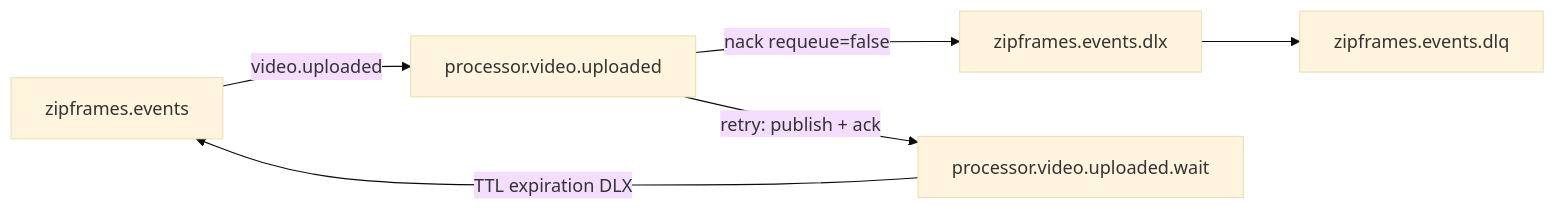
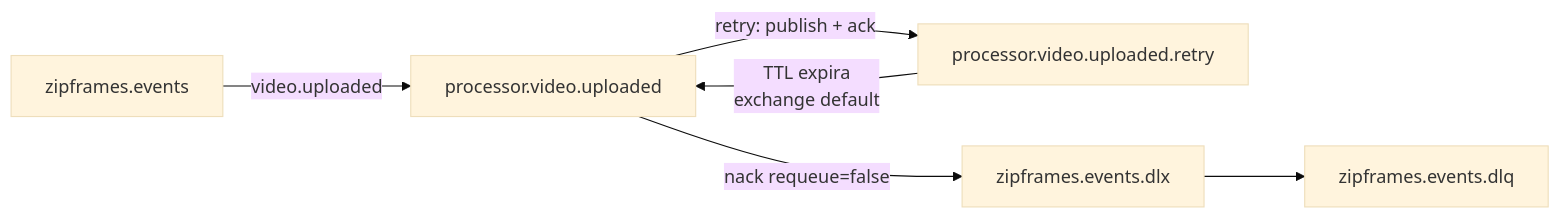
Before and after one commit to knzt/zipframes: the diagram in docs/architecture/services/processor-worker.md, drawn with Mermaid (base theme). The commit also changed other lines of this file and 167 other files, not shown here.

````diff
--- a/docs/architecture/services/processor-worker.md
+++ b/docs/architecture/services/processor-worker.md
@@ -84,13 +84,13 @@
 ```mermaid
 flowchart LR
   events[zipframes.events]
   main[processor.video.uploaded]
-  wait[processor.video.uploaded.wait]
+  retry[processor.video.uploaded.retry]
   dlx[zipframes.events.dlx]
   dlq[zipframes.events.dlq]
 
   events -->|video.uploaded| main
   main -->|nack requeue=false| dlx --> dlq
-  main -->|retry: publish + ack| wait
-  wait -->|TTL expiration DLX| events
+  main -->|retry: publish + ack| retry
+  retry -->|TTL expira<br/>exchange default| main
 ```
````
